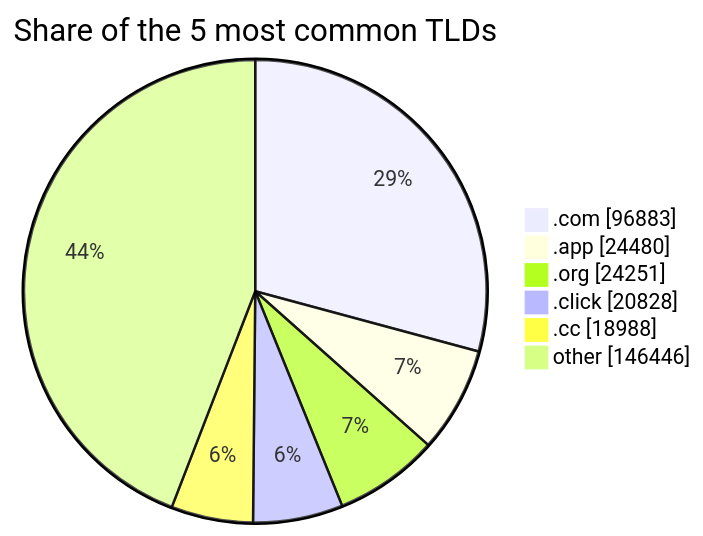
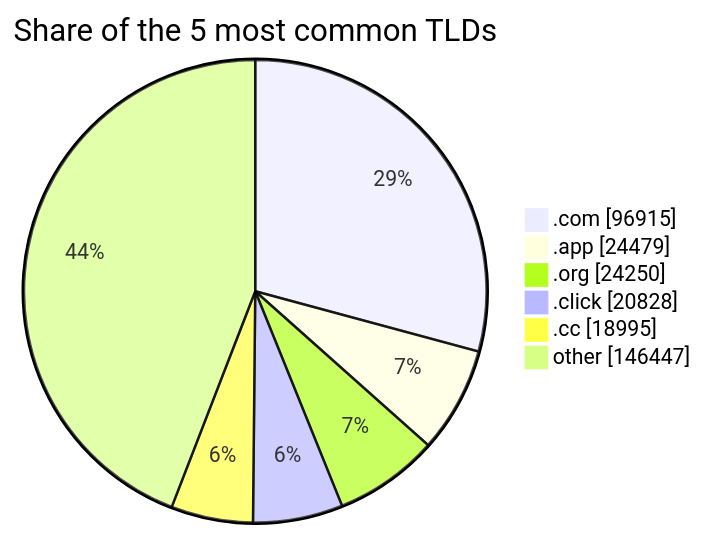
One commit to DNSBunker/CTI changed the third of 3 diagrams in README.md. Above: the diagram before and after it, drawn with Mermaid. The commit also changed other lines of this file and 4 other files, not shown here.

````diff
--- a/README.md
+++ b/README.md
@@ -81,9 +81,9 @@
 ```mermaid
 pie showData title Share of the 5 most common TLDs
-    ".com" : 96883
-    ".app" : 24480
-    ".org" : 24251
+    ".com" : 96915
+    ".app" : 24479
+    ".org" : 24250
     ".click" : 20828
-    ".cc" : 18988
-    "other" : 146446
+    ".cc" : 18995
+    "other" : 146447
 ```
````
